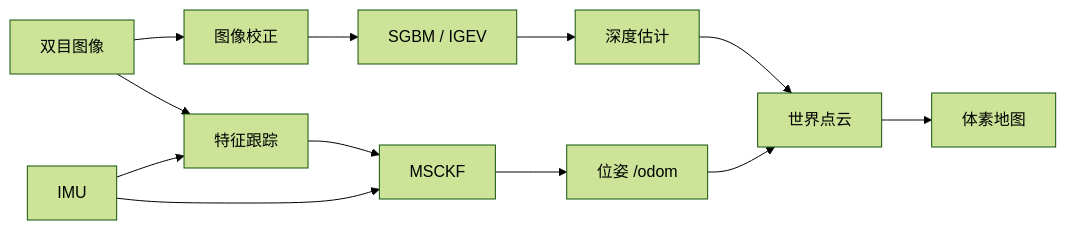
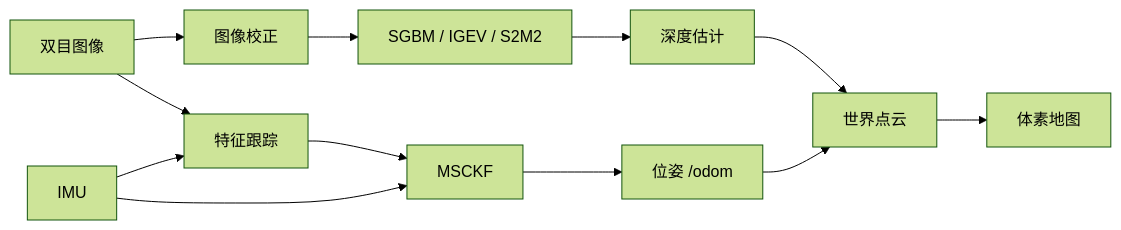
The diagram in README.md (JunJie1213855/MSCKF-Stereo-ROS2), drawn with Mermaid (forest theme) before and after one commit. The commit also changed other lines of this file and 26 other files, not shown here.

````diff
--- a/README.md
+++ b/README.md
@@ -21,15 +23,15 @@
 ```mermaid
 flowchart LR
     stereo["双目图像"] --> tracking["特征跟踪"]
     imu["IMU"] --> tracking
     tracking --> msckf["MSCKF"]
     imu --> msckf
     msckf --> pose["位姿 /odom"]
 
     stereo --> rectification["图像校正"]
-    rectification --> matcher["SGBM / IGEV"]
+    rectification --> matcher["SGBM / IGEV / S2M2"]
     matcher --> depth["深度估计"]
     depth --> cloud["世界点云"]
     pose --> cloud
     cloud --> map["体素地图"]
 ```
````
